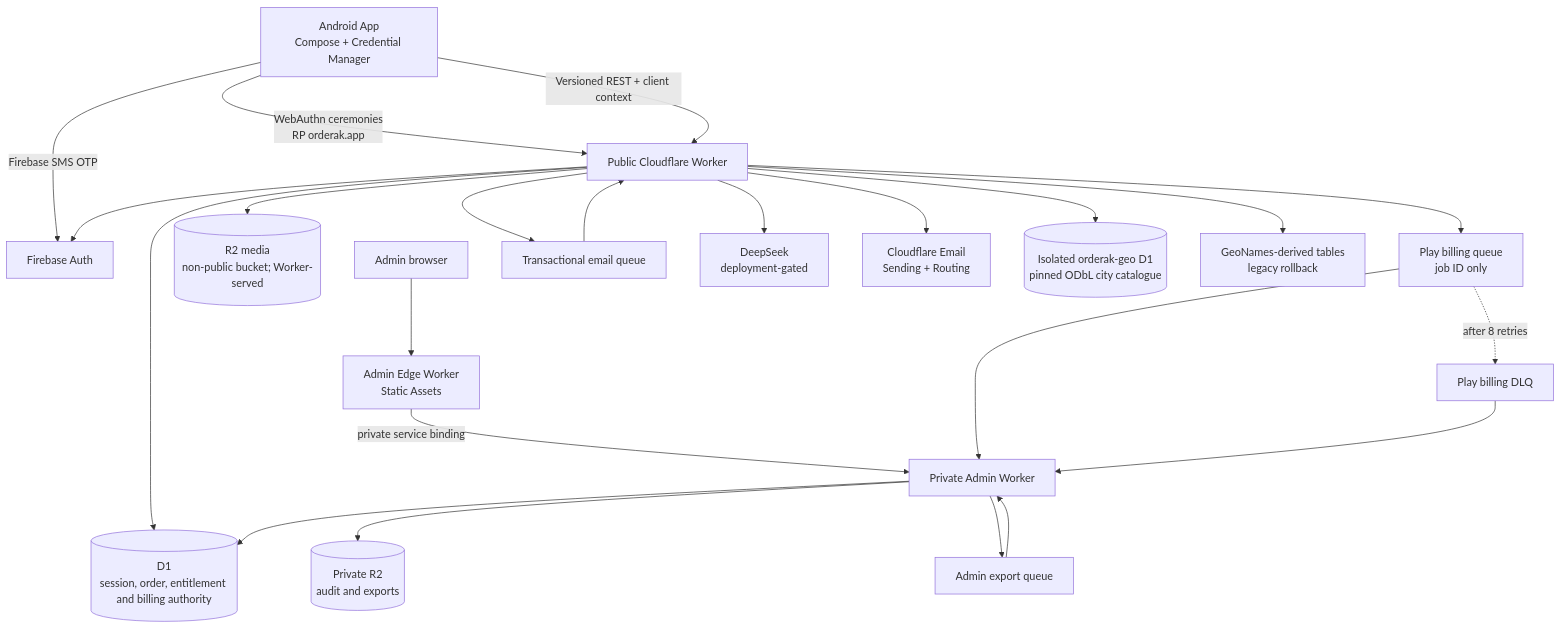
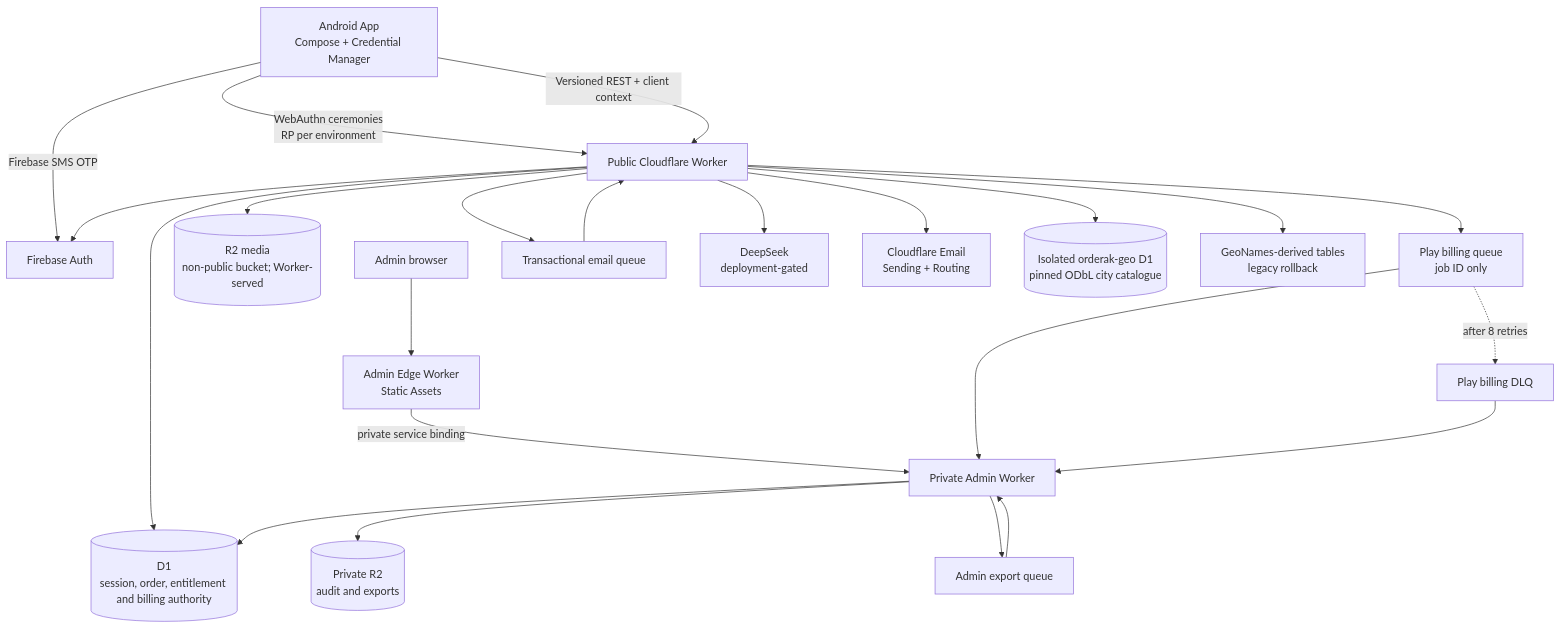
One commit to youo1/Orderak.APP changed the first of 2 diagrams in docs/architecture/overview.md. Above: the diagram before and after it, drawn with Mermaid. The commit also changed other lines of this file and 16 other files, not shown here.

````diff
--- a/docs/architecture/overview.md
+++ b/docs/architecture/overview.md
@@ -91,25 +91,25 @@
 ```mermaid
 graph TD
     A["Android App<br/>Compose + Credential Manager"] -->|"Firebase SMS OTP"| G["Firebase Auth"]
-    A -->|"WebAuthn ceremonies<br/>RP orderak.app"| B["Public Cloudflare Worker"]
+    A -->|"WebAuthn ceremonies<br/>RP per environment"| B["Public Cloudflare Worker"]
     A -->|"Versioned REST + client context"| B["Public Cloudflare Worker"]
     J["Admin browser"] --> P["Admin Edge Worker<br/>Static Assets"]
     P -->|"private service binding"| W["Private Admin Worker"]
     B --> C[("D1<br/>session, order, entitlement and billing authority")]
     W --> C
     B --> D[("R2 media<br/>non-public bucket; Worker-served")]
     W --> R[("Private R2<br/>audit and exports")]
     B --> Q["Play billing queue<br/>job ID only"]
     Q --> W
     Q -. "after 8 retries" .-> L["Play billing DLQ"]
     L --> W
     B --> M["Transactional email queue"]
     M --> B
     W --> X["Admin export queue"]
     X --> W
     B --> F["DeepSeek<br/>deployment-gated"]
     B --> G
     B --> I["Cloudflare Email<br/>Sending + Routing"]
     B --> H[("Isolated orderak-geo D1<br/>pinned ODbL city catalogue")]
     B --> N["GeoNames-derived tables<br/>legacy rollback"]
 ```
````
